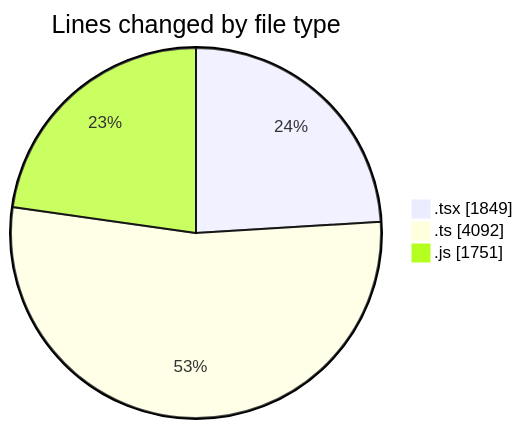
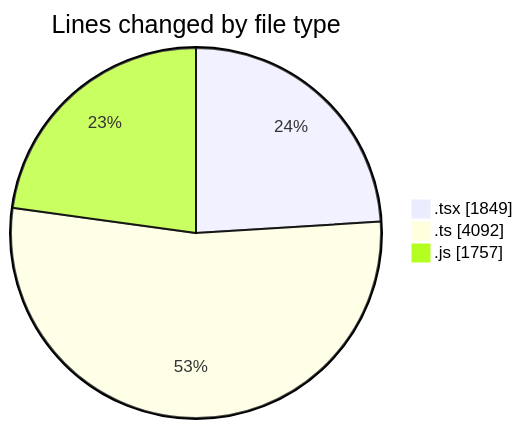
The first of 2 diagrams in 2026-07-31/cda/README.md (momahboobian/code-tracking), drawn with Mermaid before and after one commit. The commit also changed other lines of this file and 1 other file, not shown here.

````diff
--- a/2026-07-31/cda/README.md
+++ b/2026-07-31/cda/README.md
@@ -46,7 +46,7 @@
 ```mermaid
 pie showData
 title Lines changed by file type
 ".tsx" : 1849
 ".ts" : 4092
-".js" : 1751
+".js" : 1757
 ```
````
